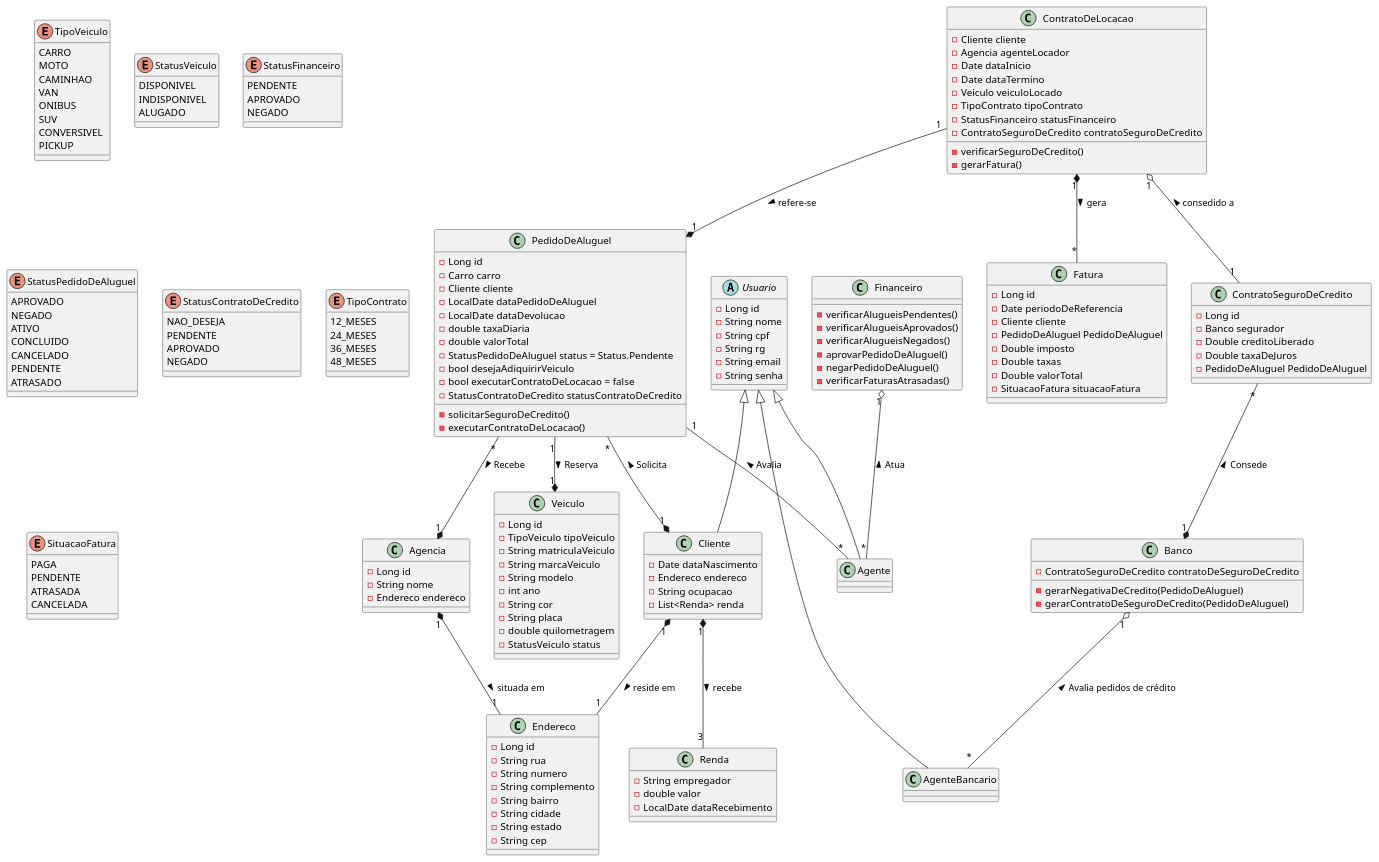
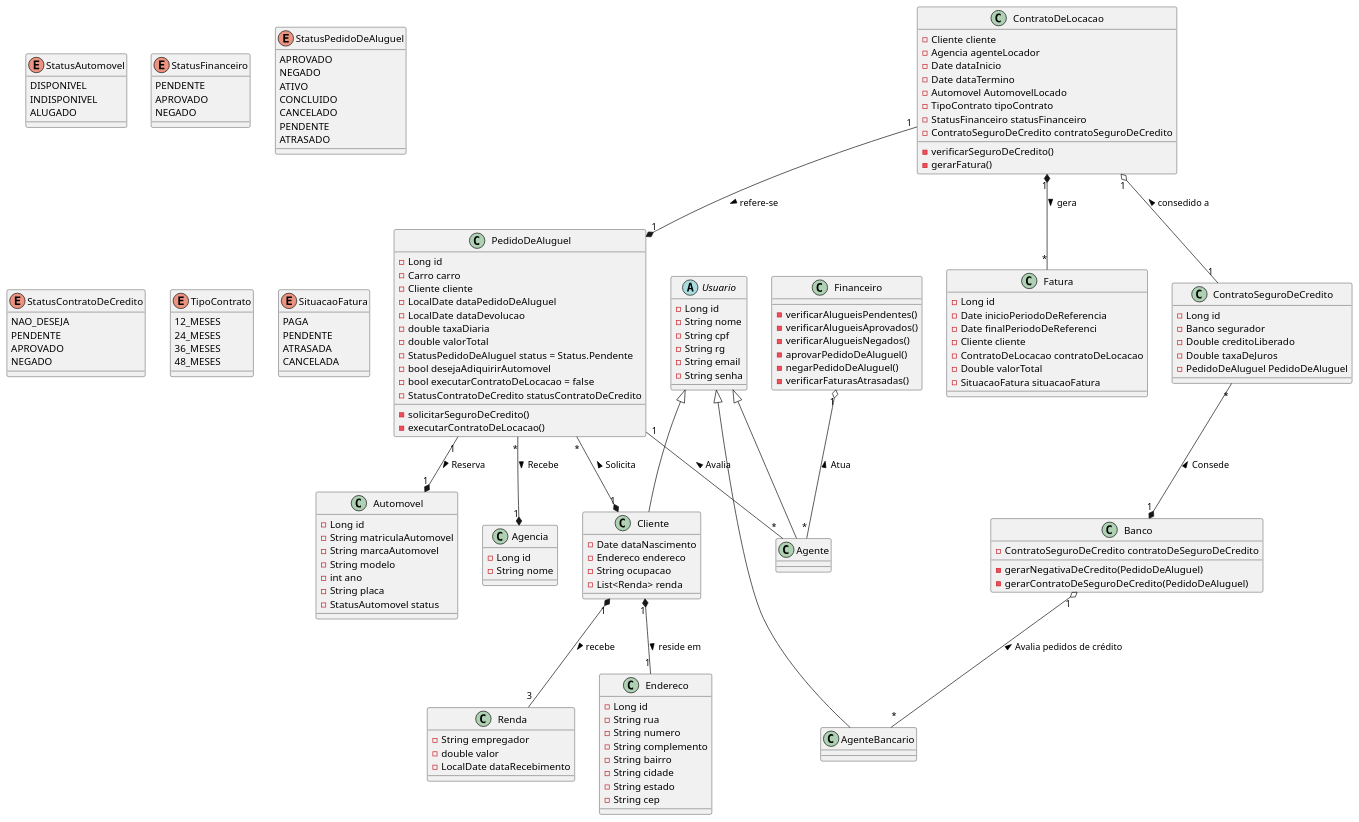
Before and after one commit to software-engineering-graduation/sistema_aluguel_carros-lds2024: the diagram in projeto/diagrama_de_classes.puml, drawn with PlantUML.

```diff
--- a/projeto/diagrama_de_classes.puml
+++ b/projeto/diagrama_de_classes.puml
@@ -32,18 +32,14 @@
     -String cep
 }
 
-class Veiculo {
+class Automovel {
     -Long id
-    -TipoVeiculo tipoVeiculo
-    -String matriculaVeiculo
-    -String marcaVeiculo
+    -String matriculaAutomovel
+    -String marcaAutomovel
     -String modelo
     -int ano
-    -String cor
     -String placa
-    -double quilometragem
-    -StatusVeiculo status
-    
+    -StatusAutomovel status    
 }
 
 class PedidoDeAluguel {
@@ -55,7 +51,7 @@
     -double taxaDiaria
     -double valorTotal
     -StatusPedidoDeAluguel status = Status.Pendente
-    -bool desejaAdiquirirVeiculo
+    -bool desejaAdiquirirAutomovel
     -bool executarContratoDeLocacao = false
     -StatusContratoDeCredito statusContratoDeCredito
 
@@ -63,18 +59,7 @@
     -executarContratoDeLocacao()
 }
 
-Enum TipoVeiculo {
-    CARRO
-    MOTO
-    CAMINHAO
-    VAN
-    ONIBUS
-    SUV
-    CONVERSIVEL
-    PICKUP
-}
-
-Enum StatusVeiculo {
+Enum StatusAutomovel {
     DISPONIVEL
     INDISPONIVEL
     ALUGADO
@@ -121,16 +106,14 @@
 class Agencia {
     -Long id
     -String nome
-    -Endereco endereco
 }
 
 class Fatura {
     -Long id
-    -Date periodoDeReferencia
+    -Date inicioPeriodoDeReferencia
+    -Date finalPeriodoDeReferenci
     -Cliente cliente
-    -PedidoDeAluguel PedidoDeAluguel
-    -Double imposto
-    -Double taxas
+    -ContratoDeLocacao contratoDeLocacao
     -Double valorTotal
     -SituacaoFatura situacaoFatura
 }
@@ -149,7 +132,7 @@
     -Agencia agenteLocador
     -Date dataInicio
     -Date dataTermino
-    -Veiculo veiculoLocado
+    -Automovel AutomovelLocado
     -TipoContrato tipoContrato
     -StatusFinanceiro statusFinanceiro
     -ContratoSeguroDeCredito contratoSeguroDeCredito
@@ -186,7 +169,7 @@
 
 PedidoDeAluguel "*" --* "1" Cliente : Solicita  <
 PedidoDeAluguel "*" --* "1" Agencia : Recebe >
-PedidoDeAluguel "1" --* "1" Veiculo : Reserva >
+PedidoDeAluguel "1" --* "1" Automovel : Reserva >
 PedidoDeAluguel "1" -- "*" Agente : Avalia <
 
 
@@ -197,8 +180,6 @@
 Cliente "1" *-- "1" Endereco : reside em >
 Cliente "1" *-- "3" Renda : recebe >
 
-Agencia "1" *-- "1" Endereco : situada em >
-
 Banco "1" o-- "*" AgenteBancario : Avalia pedidos de crédito <
 
 @enduml
```
